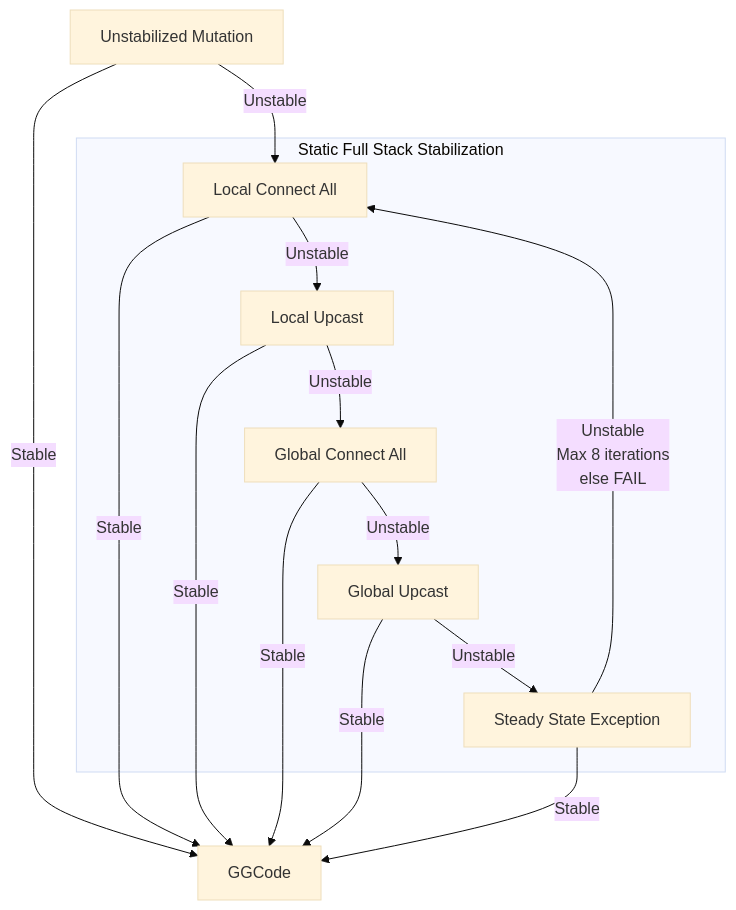
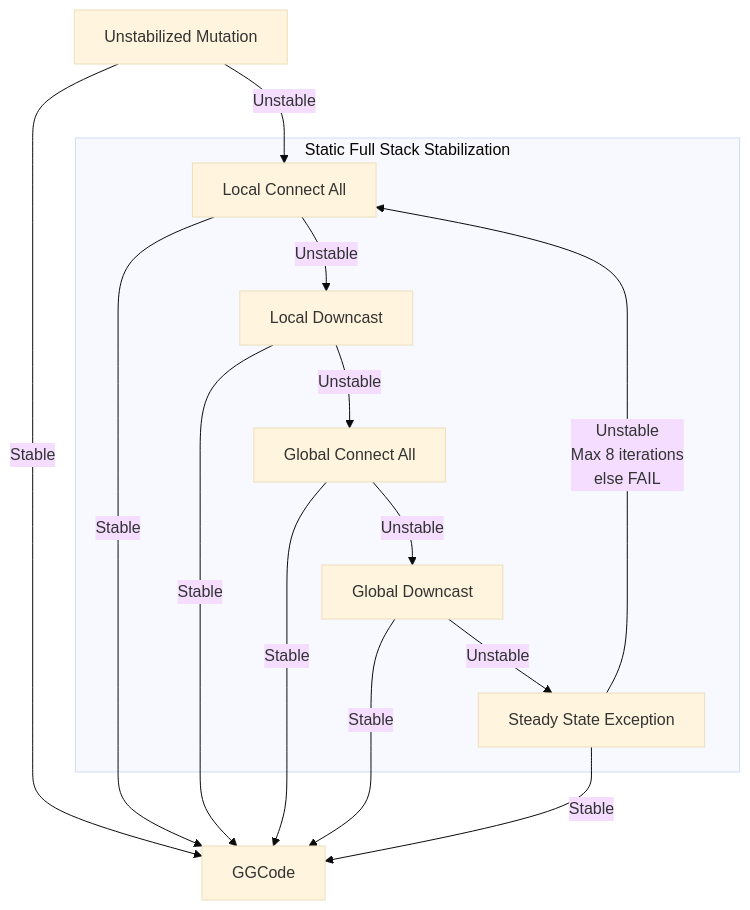
Before and after one commit to Shapedsundew9/erasmus-gp: the diagram in egppy/egppy/physics/docs/sse.md, drawn with Mermaid (base theme). The commit also changed other lines of this file and 10 other files, not shown here.

Commit message:
Refactor type casting terminology: replace 'upcast' with 'downcast' in properties, functions, and documentation for consistency across the codebase.

````diff
--- a/egppy/egppy/physics/docs/sse.md
+++ b/egppy/egppy/physics/docs/sse.md
@@ -50,30 +50,30 @@
 ```mermaid
 %% Paths to Stability
 flowchart TB
     UM["Unstabilized Mutation"]
 
     subgraph FSS["Static Full Stack Stabilization"]
         LCA["Local Connect All"]
-        LUC["Local Upcast"]
+        LUC["Local Downcast"]
         GCA["Global Connect All"]
-        GUC["Global Upcast"]
+        GUC["Global Downcast"]
         SSE["Steady State Exception"]
     end
 
     GGC["GGCode"]
 
     UM -- Stable --> GGC
     UM -- Unstable --> LCA
     LCA -- Stable --> GGC
     LCA -- Unstable --> LUC
     LUC -- Stable --> GGC
     LUC -- Unstable --> GCA
     GCA -- Stable --> GGC
     GCA -- Unstable --> GUC
     GUC -- Stable --> GGC
     GUC -- Unstable --> SSE
     SSE -- Stable --> GGC
     SSE -- Unstable
     Max 8 iterations
     else FAIL --> LCA
 ```
````
